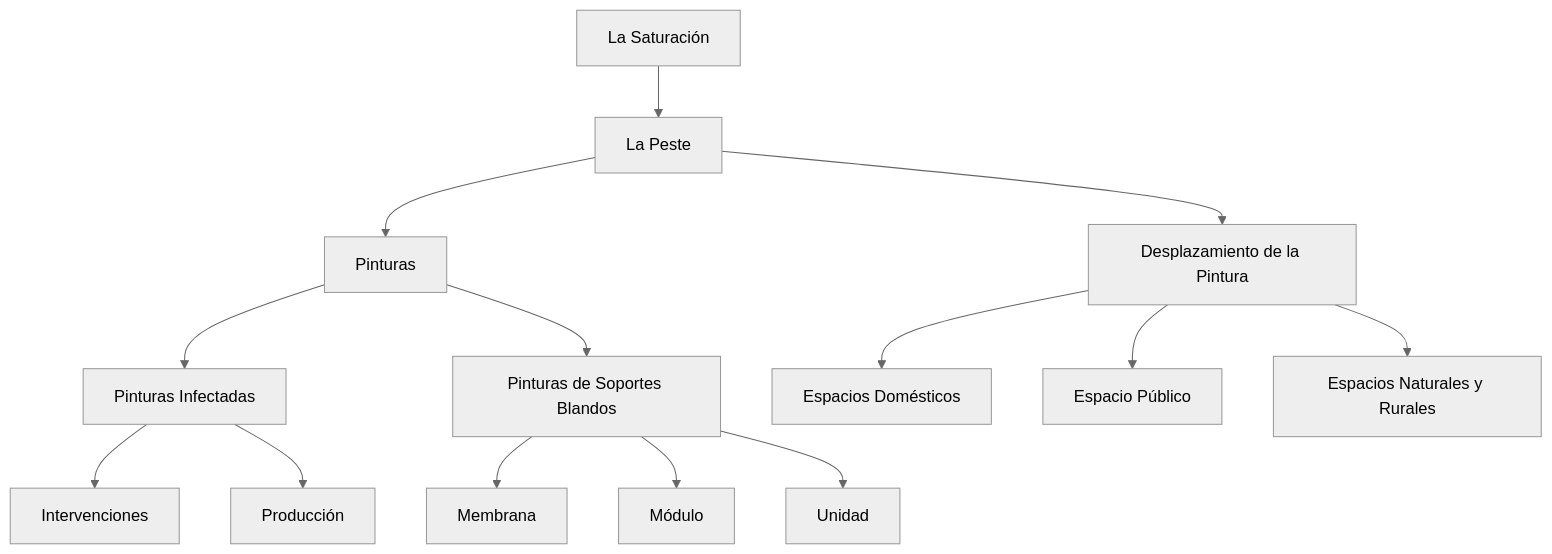
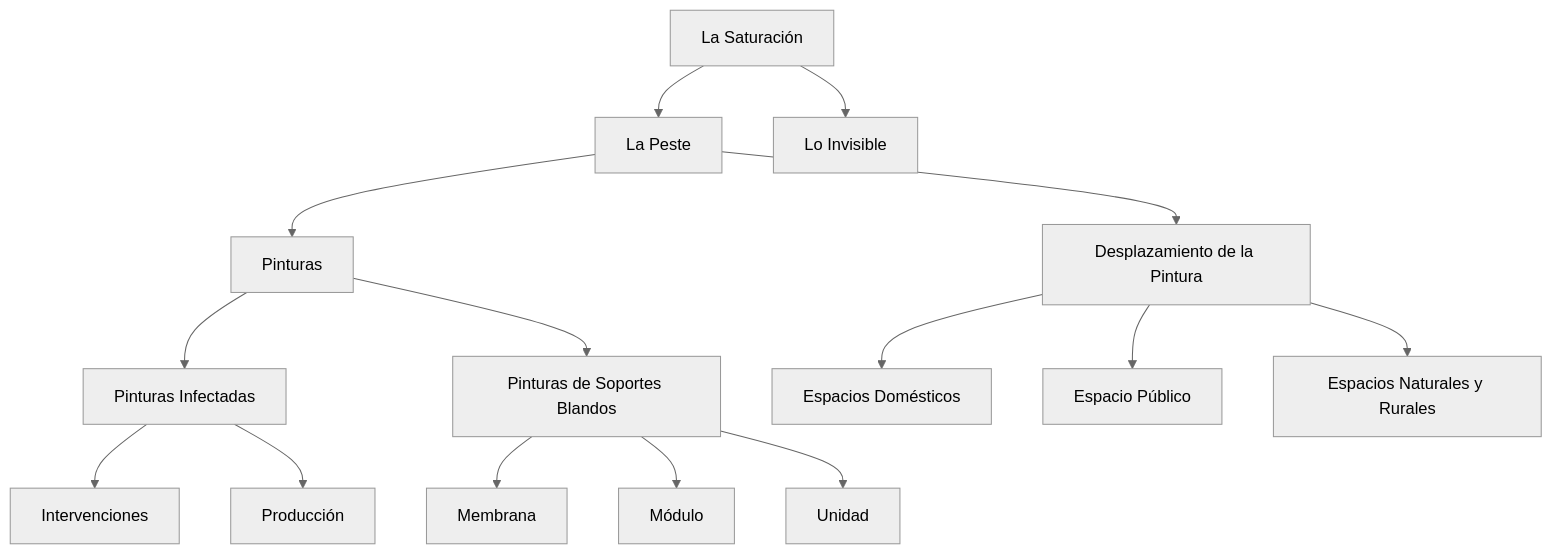
Before and after one commit to EGGS-Artesvisuales/EGGS-Artesvisuales.github.io: the diagram in ES/la-peste.md, drawn with Mermaid (neutral theme).

```diff
--- a/ES/la-peste.md
+++ b/ES/la-peste.md
@@ -45,32 +45,35 @@
 <div class="mermaid">
 graph TD
   A[La Saturación] --> B[La Peste]
+  A --> J[Lo Invisible]
   B --> C[Pinturas]
   C --> D[Pinturas Infectadas]
   D --> D1[Intervenciones]
   D --> D2[Producción]
   C --> E[Pinturas de Soportes Blandos]
   E --> E1[Membrana]
   E --> E2[Módulo]
   E --> E3[Unidad]
   B --> F[Desplazamiento de la Pintura]
   F --> G[Espacios Domésticos]
   F --> H[Espacio Público]
   F --> I[Espacios Naturales y Rurales]
 
   click A "/es/la-saturacion.html" "Ir a La Saturación"
   click B "/es/la-peste.html" "Ir a La Peste"
+  click J "/es/lo-invisible.html" "Ir a Lo Invisible"
   click C "/es/pinturas.html" "Ir a Pinturas"
   click D "/es/pinturas-infectadas.html" "Ir a Pinturas Infectadas"
   click D1 "/es/intervenciones.html" "Ir a Intervenciones"
   click D2 "/es/produccion.html" "Ir a Producción"
   click E "/es/soportes-blandos.html" "Ir a Pinturas de Soportes Blandos"
   click E1 "/es/membrana.html" "Ir a Membrana"
   click E2 "/es/modulo.html" "Ir a Módulo"
   click E3 "/es/unidad.html" "Ir a Unidad"
   click F "/es/desplazamiento-pintura.html" "Ir a Desplazamiento de la Pintura"
   click G "/es/espacios-domesticos.html" "Ir a Espacios Domésticos"
   click H "/es/espacio-publico.html" "Ir a Espacio Público"
   click I "/es/espacios-naturales.html" "Ir a Espacios Naturales y Rurales"
 
+
 </div>
```
